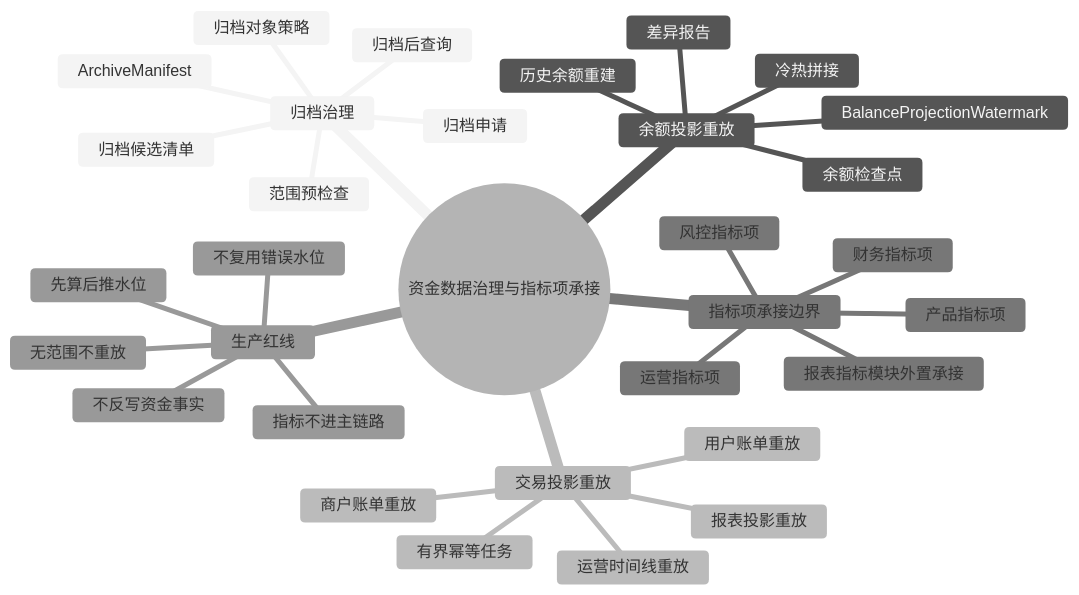
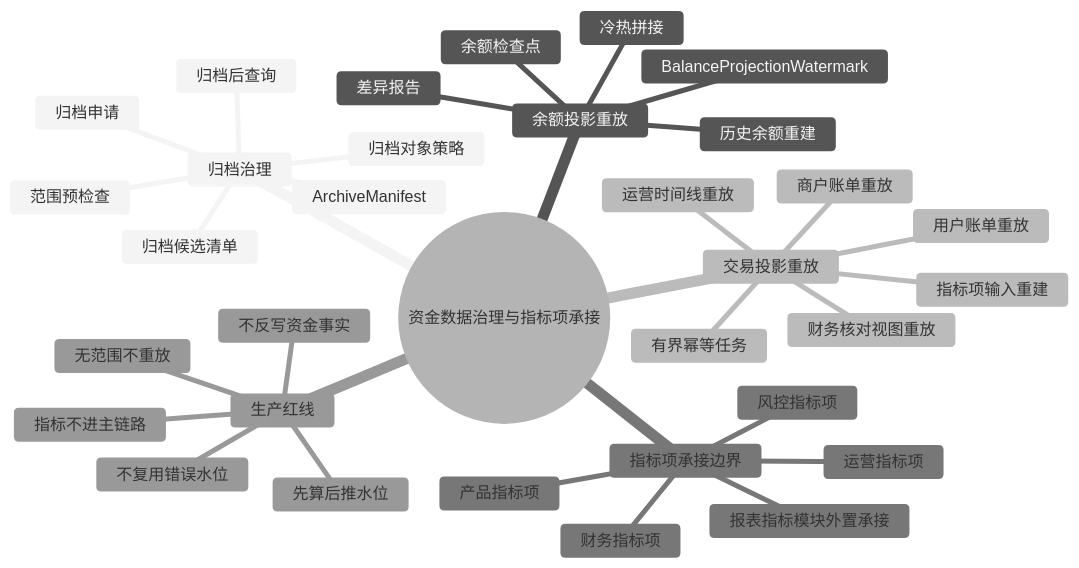
The first of 6 diagrams in docs/产品设计/04-归档重放与指标治理.md (fengwuxp/wind-funds), drawn with Mermaid (neutral theme) before and after one commit. The commit also changed other lines of this file and 15 other files, not shown here.

````diff
--- a/docs/产品设计/04-归档重放与指标治理.md
+++ b/docs/产品设计/04-归档重放与指标治理.md
@@ -61,35 +61,36 @@
 ```mermaid
 mindmap
   root((资金数据治理与指标项承接))
     归档治理
       归档申请
       归档对象策略
       范围预检查
       归档候选清单
       ArchiveManifest
       归档后查询
     余额投影重放
       余额检查点
       BalanceProjectionWatermark
       冷热拼接
       历史余额重建
       差异报告
     交易投影重放
       用户账单重放
       商户账单重放
       运营时间线重放
-      报表投影重放
+      财务核对视图重放
+      指标项输入重建
       有界幂等任务
     指标项承接边界
       产品指标项
       运营指标项
       财务指标项
       风控指标项
       报表指标模块外置承接
     生产红线
       无范围不重放
       先算后推水位
       不反写资金事实
       不复用错误水位
       指标不进主链路
 ```
````
